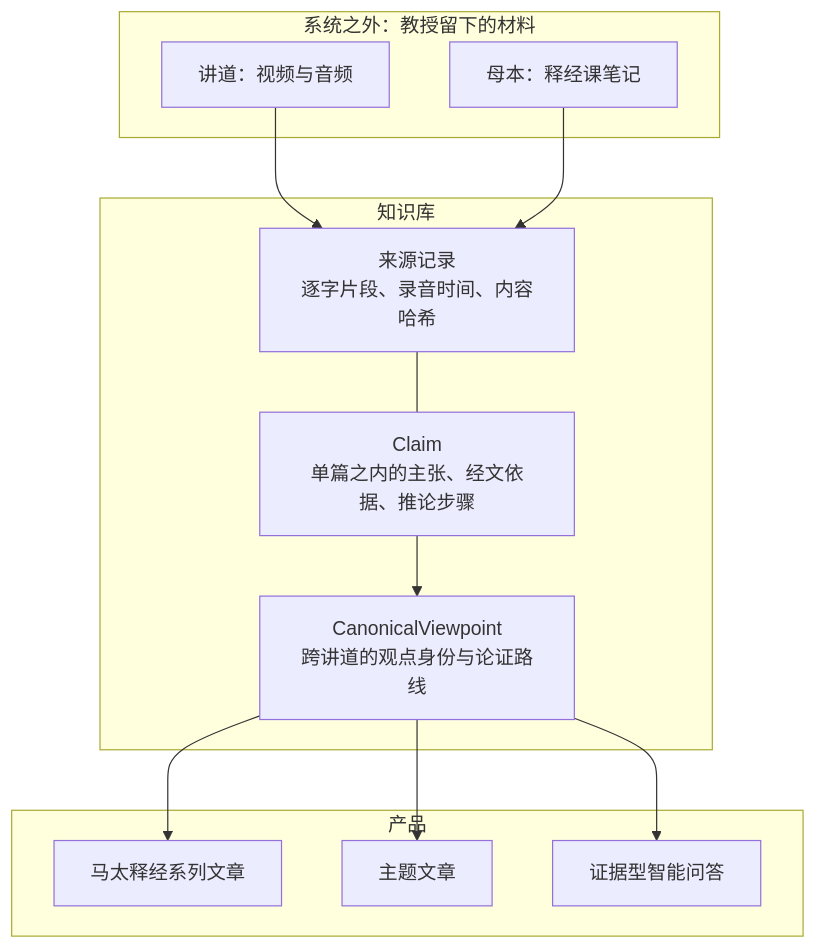
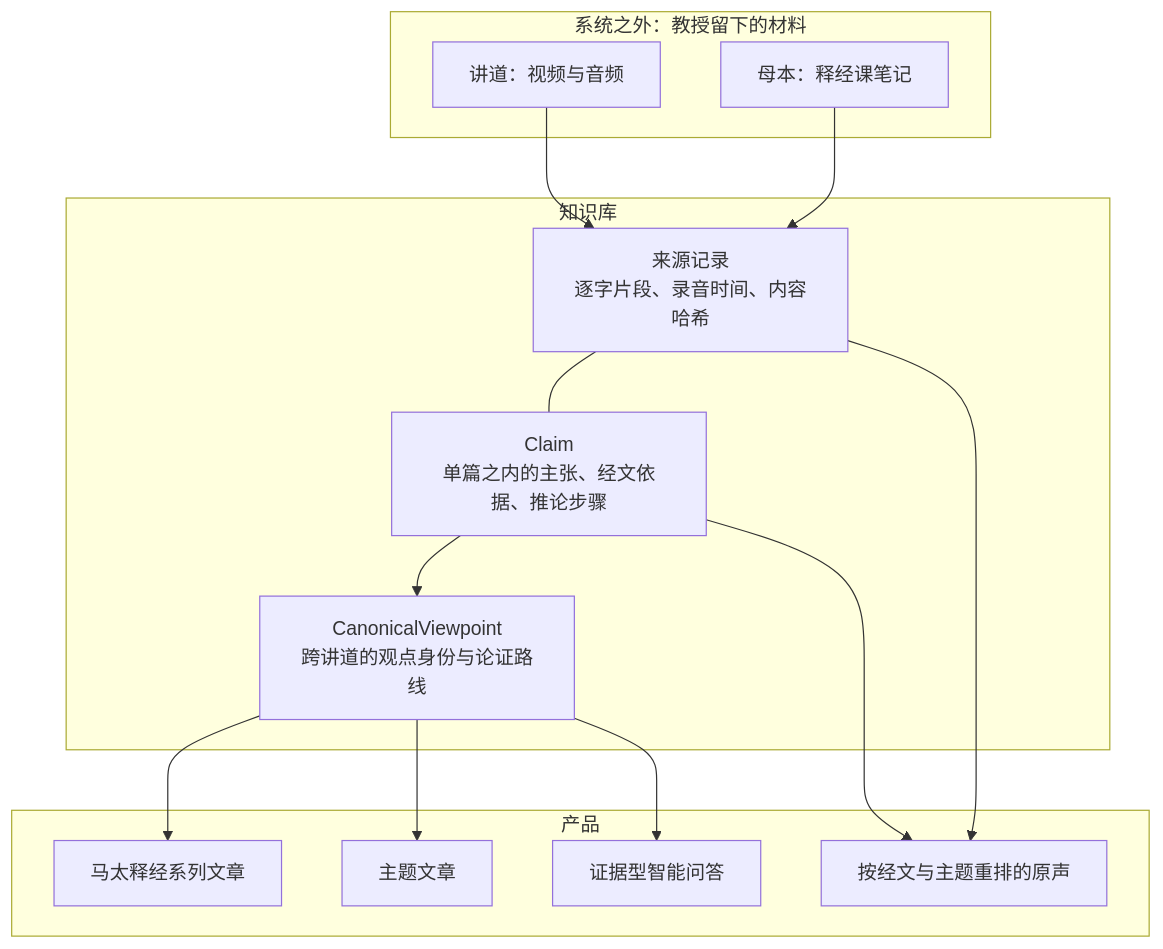
The diagram in docs/wang-knowledge-platform/00-overview/solution_architecture.md (junyang168/smart-answer), drawn with Mermaid before and after one commit. The commit also changed other lines of this file and 1 other file, not shown here.

````diff
--- a/docs/wang-knowledge-platform/00-overview/solution_architecture.md
+++ b/docs/wang-knowledge-platform/00-overview/solution_architecture.md
@@ -103,27 +103,30 @@
 ```mermaid
 flowchart TD
     subgraph L0["系统之外：教授留下的材料"]
         SERMON["讲道：视频与音频"]
         NOTES["母本：释经课笔记"]
     end
 
     subgraph L1["知识库"]
         PROV["来源记录<br/>逐字片段、录音时间、内容哈希"]
         CLAIM["Claim<br/>单篇之内的主张、经文依据、推论步骤"]
         CVP["CanonicalViewpoint<br/>跨讲道的观点身份与论证路线"]
         PROV --- CLAIM
         CLAIM --> CVP
     end
 
     subgraph L2["产品"]
         ART["马太释经系列文章"]
         TOPIC["主题文章"]
         QA["证据型智能问答"]
+        AUDIO["按经文与主题重排的原声"]
     end
 
     SERMON --> PROV
     NOTES --> PROV
     CVP --> ART
     CVP --> TOPIC
     CVP --> QA
+    PROV --> AUDIO
+    CLAIM --> AUDIO
 ```
````
